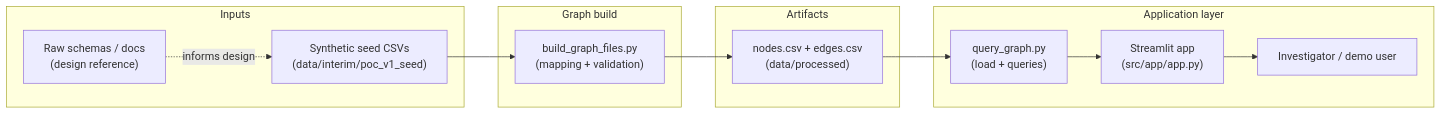
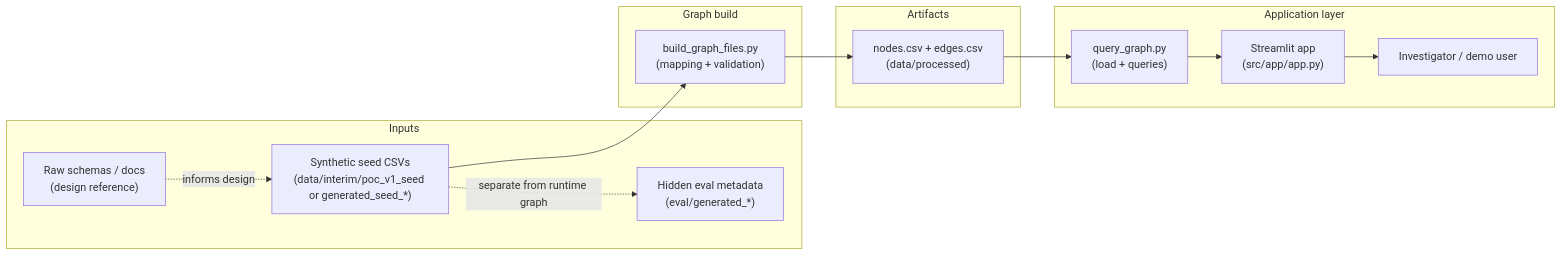
One commit to iagolarrondo/investigai-text-to-graph changed the diagram in docs/technical_flow.md. Above: the diagram before and after it, drawn with Mermaid. The commit also changed other lines of this file and 41 other files, not shown here.

First line of the commit message:
Add scalable synthetic data pipeline and documentation updates.

````diff
--- a/docs/technical_flow.md
+++ b/docs/technical_flow.md
@@ -21,28 +21,30 @@
 ```mermaid
 flowchart LR
   subgraph inputs["Inputs"]
     RAW["Raw schemas / docs\n(design reference)"]
-    SEED["Synthetic seed CSVs\n(data/interim/poc_v1_seed)"]
+    SEED["Synthetic seed CSVs\n(data/interim/poc_v1_seed or generated_seed_*)"]
+    EVAL["Hidden eval metadata\n(eval/generated_*)"]
   end
 
   subgraph build["Graph build"]
     PIPE["build_graph_files.py\n(mapping + validation)"]
   end
 
   subgraph files["Artifacts"]
     CSV["nodes.csv + edges.csv\n(data/processed)"]
   end
 
   subgraph serve["Application layer"]
     Q["query_graph.py\n(load + queries)"]
     APP["Streamlit app\n(src/app/app.py)"]
     USER["Investigator / demo user"]
   end
 
   RAW -.->|"informs design"| SEED
   SEED --> PIPE
+  SEED -.->|"separate from runtime graph"| EVAL
   PIPE --> CSV
   CSV --> Q
   Q --> APP
   APP --> USER
 ```
````
